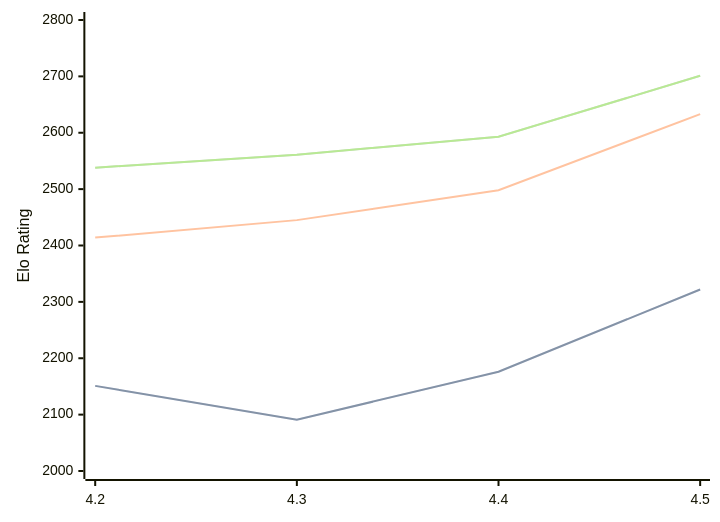
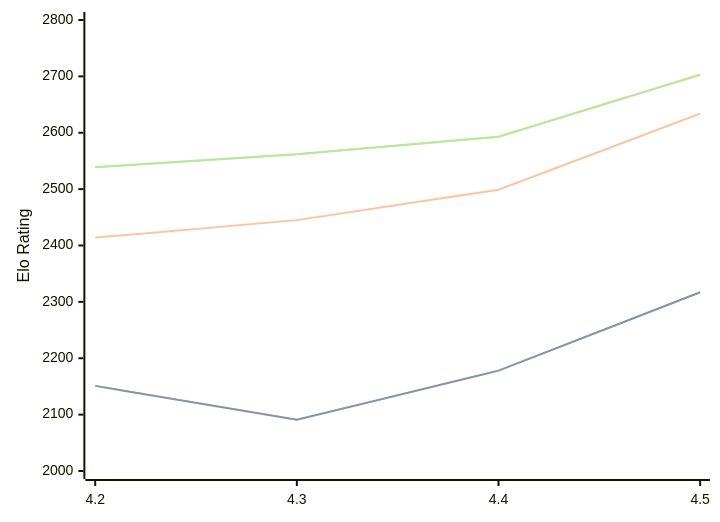
The third of 3 diagrams in engines/Eubos.md (computer-chess-index/cci), drawn with Mermaid before and after one commit. The commit also changed other lines of this file, not shown here.

Commit message:
Update CCI Ratings (ELO VLTC) - 2026-07-13

````diff
--- a/engines/Eubos.md
+++ b/engines/Eubos.md
@@ -123,11 +123,11 @@
 ```mermaid
 %%{init: {"theme":"base","themeVariables":{"seriesColors:['#a3a3a3','#222221','#faa371']}}}%%
 xychart-beta
   x-axis ["4.2", "4.3", "4.4", "4.5"]
   y-axis "Elo Rating" 2000 --> 2800
-  line "STC (8.0+0.08s)" [2151, 2091, 2176, 2322]
-  line "STC (8.0+0.08s)" [2151, 2091, 2176, 2322]
-  line "LTC (60.0+0.60s)" [2414, 2445, 2498, 2633]
-  line "VLTC (2m24s+1.12s)" [2538, 2561, 2593, 2701]
-  line "VLTC (2m24s+1.12s)" [2538, 2561, 2593, 2701]
+  line "STC (8.0+0.08s)" [2151, 2091, 2178, 2317]
+  line "STC (8.0+0.08s)" [2151, 2091, 2178, 2317]
+  line "LTC (60.0+0.60s)" [2414, 2445, 2499, 2634]
+  line "VLTC (2m24s+1.12s)" [2539, 2562, 2593, 2703]
+  line "VLTC (2m24s+1.12s)" [2539, 2562, 2593, 2703]
 ```
````
